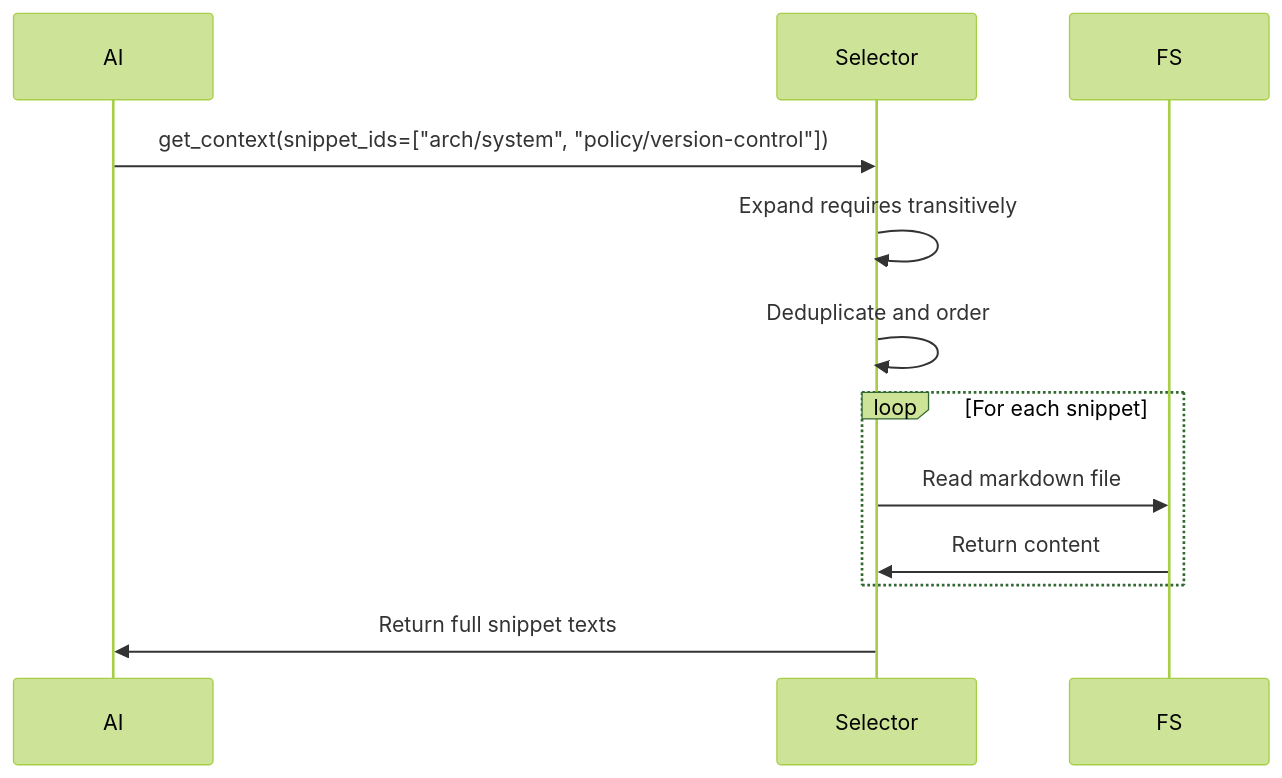
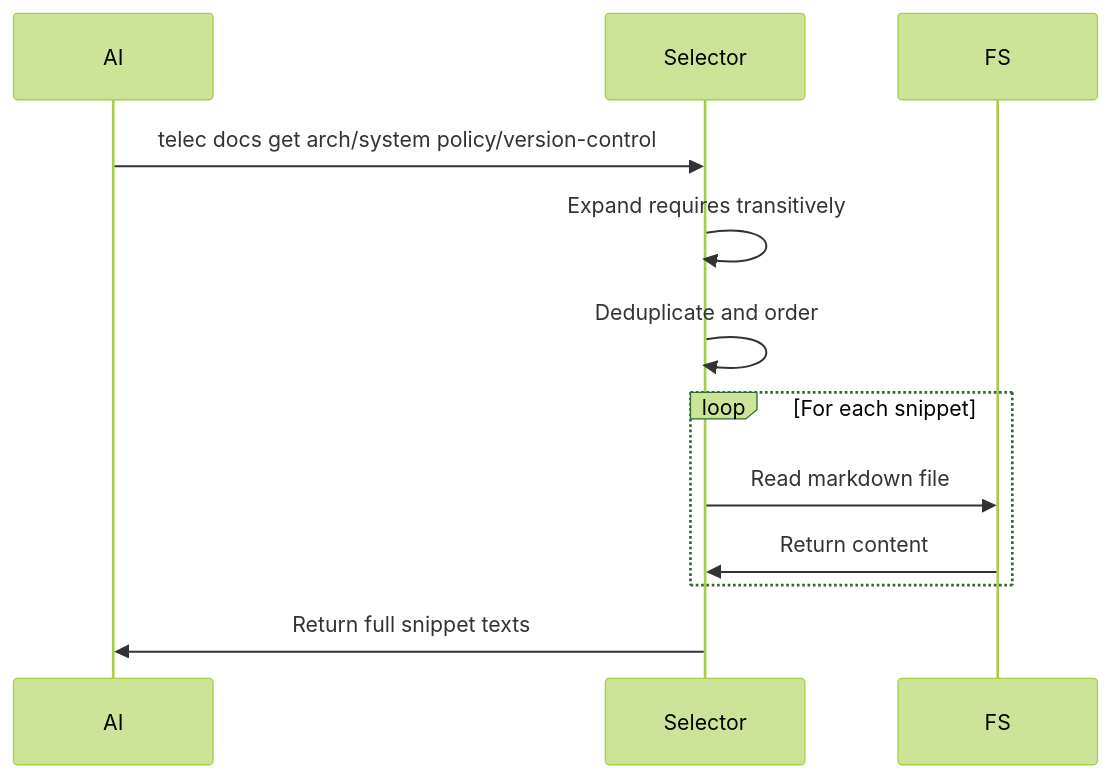
The third of 3 diagrams in docs/project/design/architecture/context-selection.md (InstruktAI/TeleClaude), drawn with Mermaid (forest theme) before and after one commit. The commit also changed other lines of this file and 149 other files, not shown here.

````diff
--- a/docs/project/design/architecture/context-selection.md
+++ b/docs/project/design/architecture/context-selection.md
@@ -85,15 +85,15 @@
 ```mermaid
 sequenceDiagram
     participant AI
     participant Selector
     participant FS
 
-    AI->>Selector: get_context(snippet_ids=["arch/system", "policy/version-control"])
+    AI->>Selector: telec docs get arch/system policy/version-control
     Selector->>Selector: Expand requires transitively
     Selector->>Selector: Deduplicate and order
     loop For each snippet
         Selector->>FS: Read markdown file
         FS->>Selector: Return content
     end
     Selector->>AI: Return full snippet texts
 ```
````
